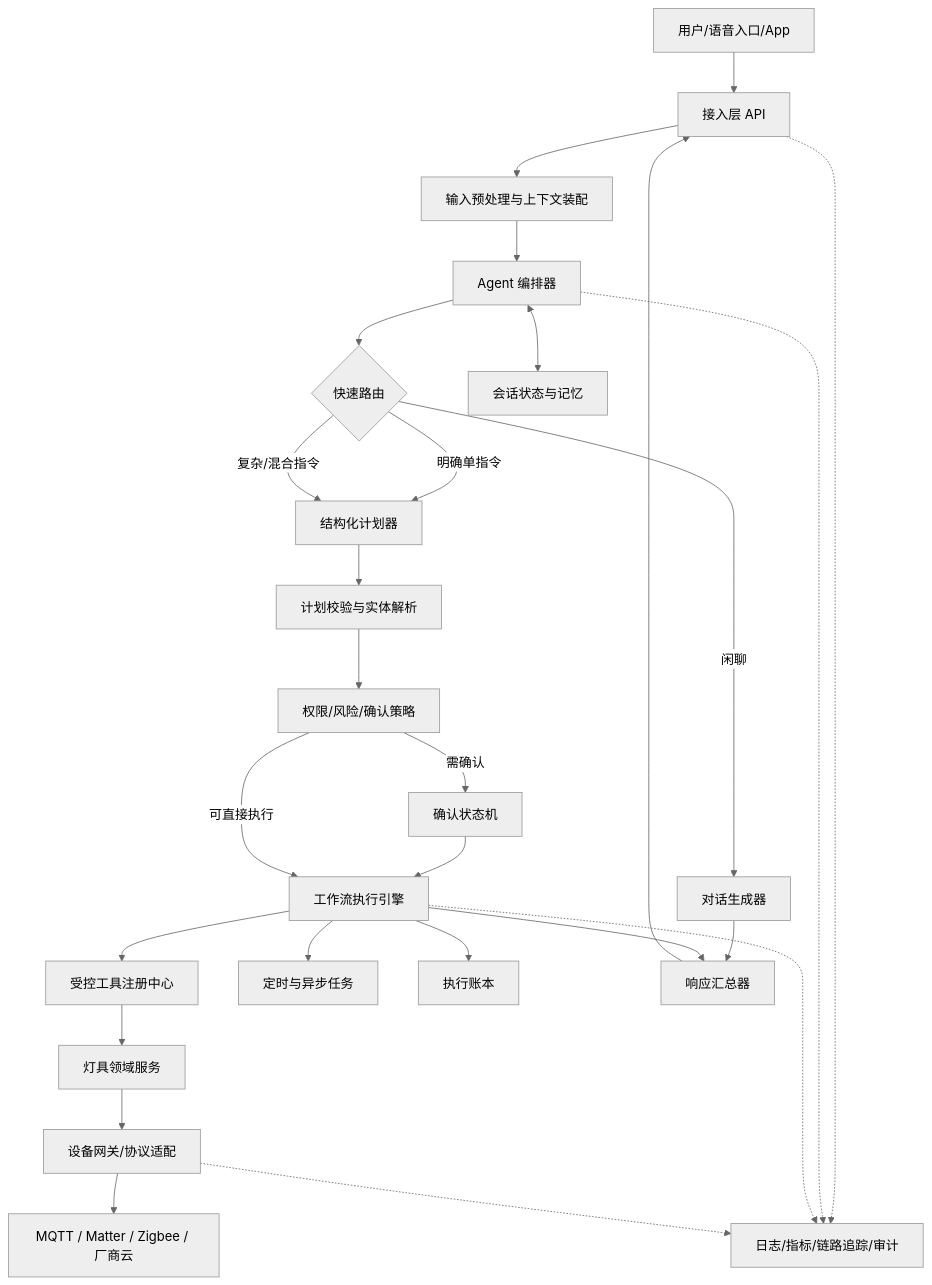
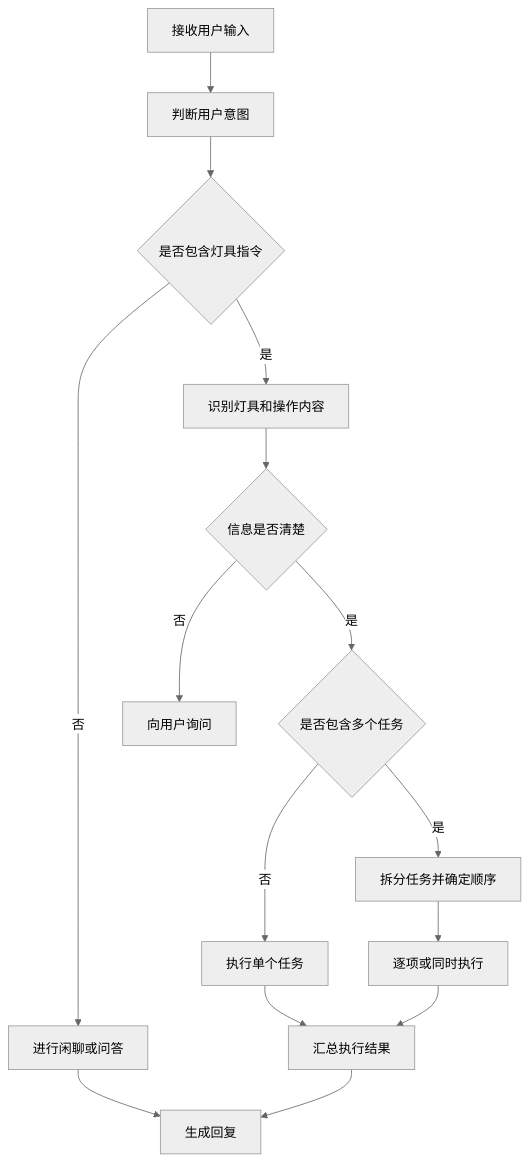
Before and after one commit to Mrlittlezhuo/Smart-Home-AI-Assistant: the second of 2 diagrams in 灯具控制与多指令Agent架构设计.md, drawn with Mermaid (neutral theme). The commit also changed other lines of this file, not shown here.

Commit message:
docs: simplify agent design to functional scope

````diff
--- a/灯具控制与多指令Agent架构设计.md
+++ b/灯具控制与多指令Agent架构设计.md
@@ -113,34 +174,17 @@
 ```mermaid
-flowchart TB
-    U[用户/语音入口/App] --> API[接入层 API]
-    API --> PRE[输入预处理与上下文装配]
-    PRE --> ORCH[Agent 编排器]
-
-    ORCH --> FAST{快速路由}
-    FAST -->|闲聊| CHAT[对话生成器]
-    FAST -->|明确单指令| PLAN[结构化计划器]
-    FAST -->|复杂/混合指令| PLAN
-
-    PLAN --> VAL[计划校验与实体解析]
-    VAL --> POLICY[权限/风险/确认策略]
-    POLICY -->|需确认| CONFIRM[确认状态机]
-    CONFIRM --> EXEC[工作流执行引擎]
-    POLICY -->|可直接执行| EXEC
-
-    EXEC --> TOOL[受控工具注册中心]
-    TOOL --> LIGHT[灯具领域服务]
-    LIGHT --> GATEWAY[设备网关/协议适配]
-    GATEWAY --> DEV[MQTT / Matter / Zigbee / 厂商云]
-
-    EXEC --> SCHED[定时与异步任务]
-    EXEC --> LEDGER[执行账本]
-    ORCH <--> STATE[会话状态与记忆]
-    CHAT --> RESP[响应汇总器]
-    EXEC --> RESP
-    RESP --> API
-
-    API -.-> OBS[日志/指标/链路追踪/审计]
-    ORCH -.-> OBS
-    EXEC -.-> OBS
-    GATEWAY -.-> OBS
+flowchart TD
+    A[接收用户输入] --> B[判断用户意图]
+    B --> C{是否包含灯具指令}
+    C -->|否| D[进行闲聊或问答]
+    C -->|是| E[识别灯具和操作内容]
+    E --> F{信息是否清楚}
+    F -->|否| G[向用户询问]
+    F -->|是| H{是否包含多个任务}
+    H -->|否| I[执行单个任务]
+    H -->|是| J[拆分任务并确定顺序]
+    J --> K[逐项或同时执行]
+    I --> L[汇总执行结果]
+    K --> L
+    D --> M[生成回复]
+    L --> M
 ```
````
